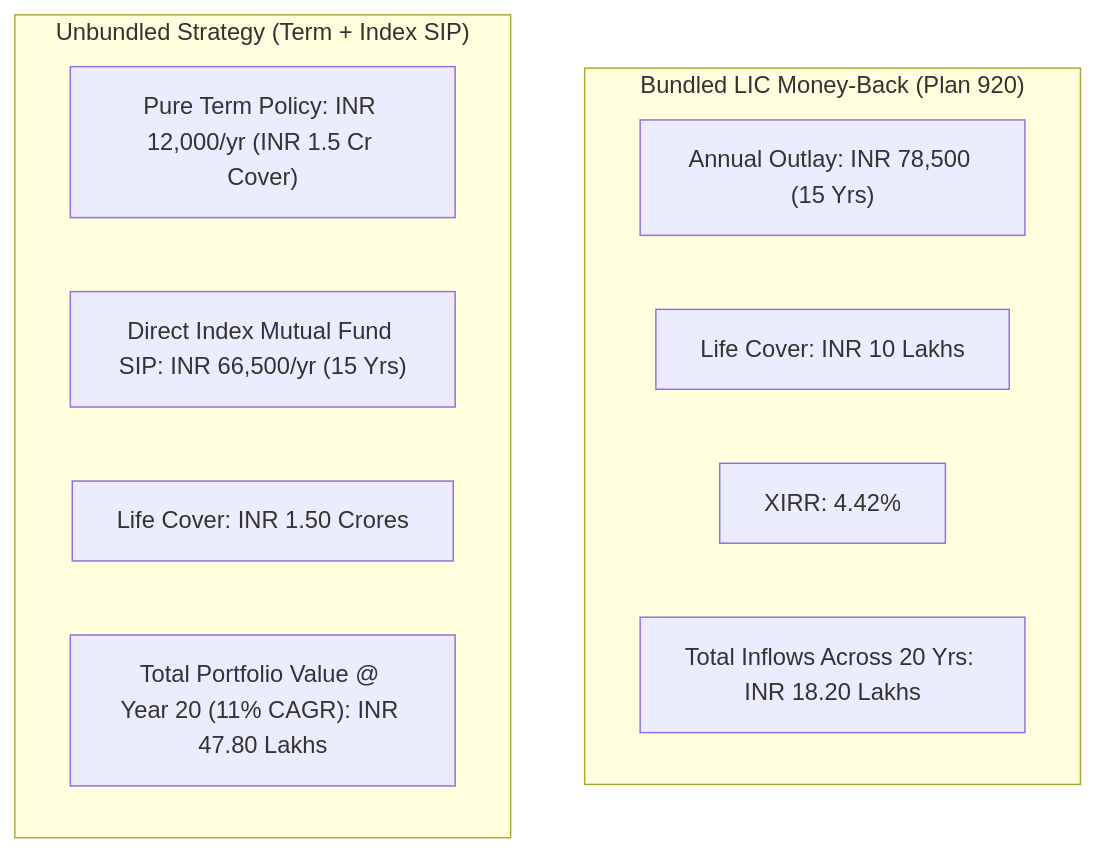
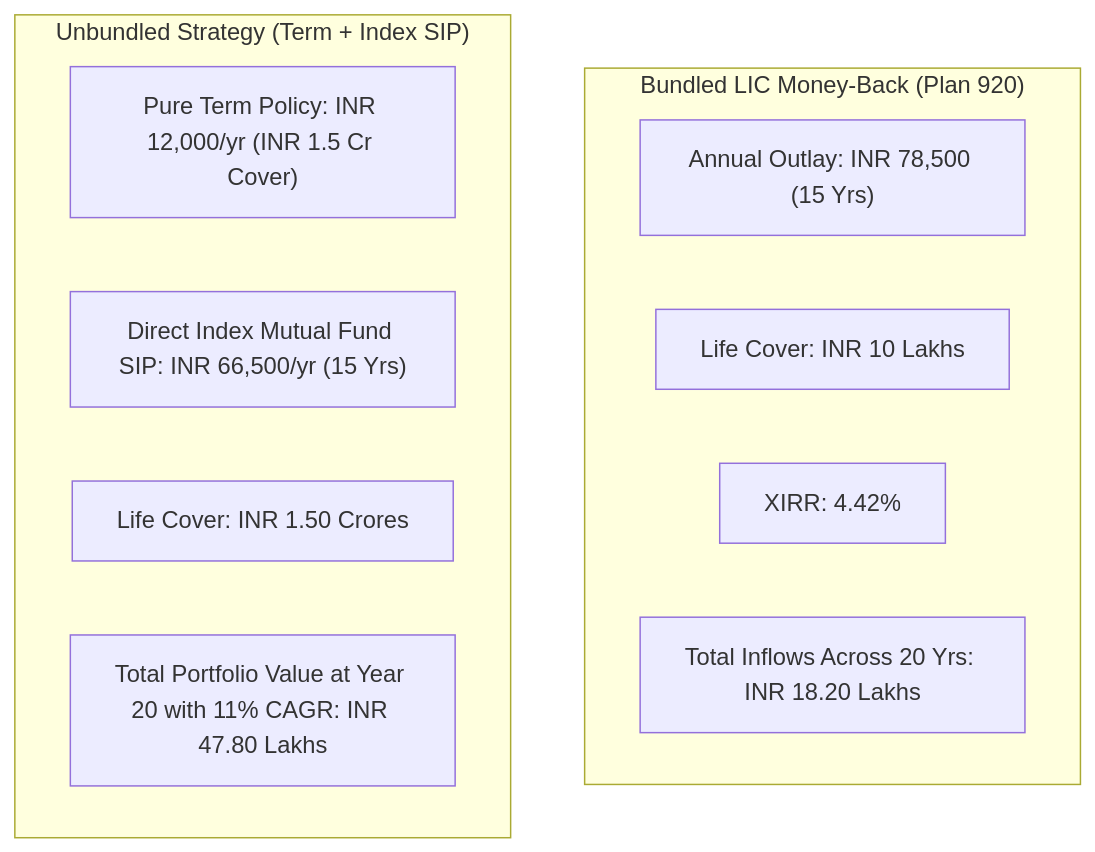
The third of 3 diagrams in src/content/articles/money-back-plans-vs-endowment-survival-benefit-irr.mdx (chirag127/cover-and-capital-india), drawn with Mermaid before and after one commit. The commit also changed other lines of this file and 4 other files, not shown here.

Commit message:
fix(mermaid): clean edge syntax and diagram tokens for robust client rendering

````diff
--- a/src/content/articles/money-back-plans-vs-endowment-survival-benefit-irr.mdx
+++ b/src/content/articles/money-back-plans-vs-endowment-survival-benefit-irr.mdx
@@ -220,16 +220,16 @@
 ```mermaid
 flowchart TD
     subgraph MBPlan["Bundled LIC Money-Back (Plan 920)"]
         M1["Annual Outlay: INR 78,500 (15 Yrs)"]
         M2["Life Cover: INR 10 Lakhs"]
         M3["XIRR: 4.42%"]
         M4["Total Inflows Across 20 Yrs: INR 18.20 Lakhs"]
     end
 
     subgraph DirectPlan["Unbundled Strategy (Term + Index SIP)"]
         D1["Pure Term Policy: INR 12,000/yr (INR 1.5 Cr Cover)"]
         D2["Direct Index Mutual Fund SIP: INR 66,500/yr (15 Yrs)"]
         D3["Life Cover: INR 1.50 Crores"]
-        D4["Total Portfolio Value @ Year 20 (11% CAGR): INR 47.80 Lakhs"]
+        D4["Total Portfolio Value at Year 20 with 11% CAGR: INR 47.80 Lakhs"]
     end
 ```
````
